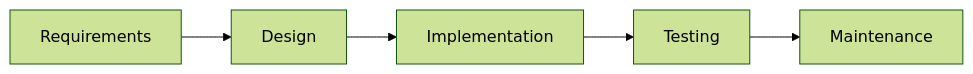
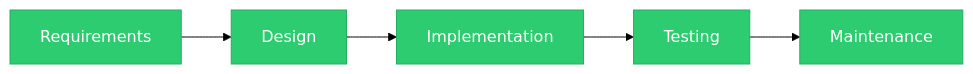
One commit to Raushan666java/ai-engineering-journey changed the second of 8 diagrams in docs/courses/software-engineering/01-process-models.md. Above: the diagram before and after it, drawn with Mermaid (forest theme). The commit also changed other lines of this file and 15 other files, not shown here.

Commit message:
deploy: software-engineering overhaul - 16 chapters expanded to avg 1284L (+7649L), richer Mermaid, more TS, deeper content

````diff
--- a/docs/courses/software-engineering/01-process-models.md
+++ b/docs/courses/software-engineering/01-process-models.md
@@ -48,7 +56,10 @@
 ```mermaid
 graph LR
     A[Requirements] --> B[Design]
     B --> C[Implementation]
     C --> D[Testing]
     D --> E[Maintenance]
+
+    classDef phase fill:#2ecc71,stroke:#27ae60,color:#fff
+    class A,B,C,D,E phase
 ```
````
